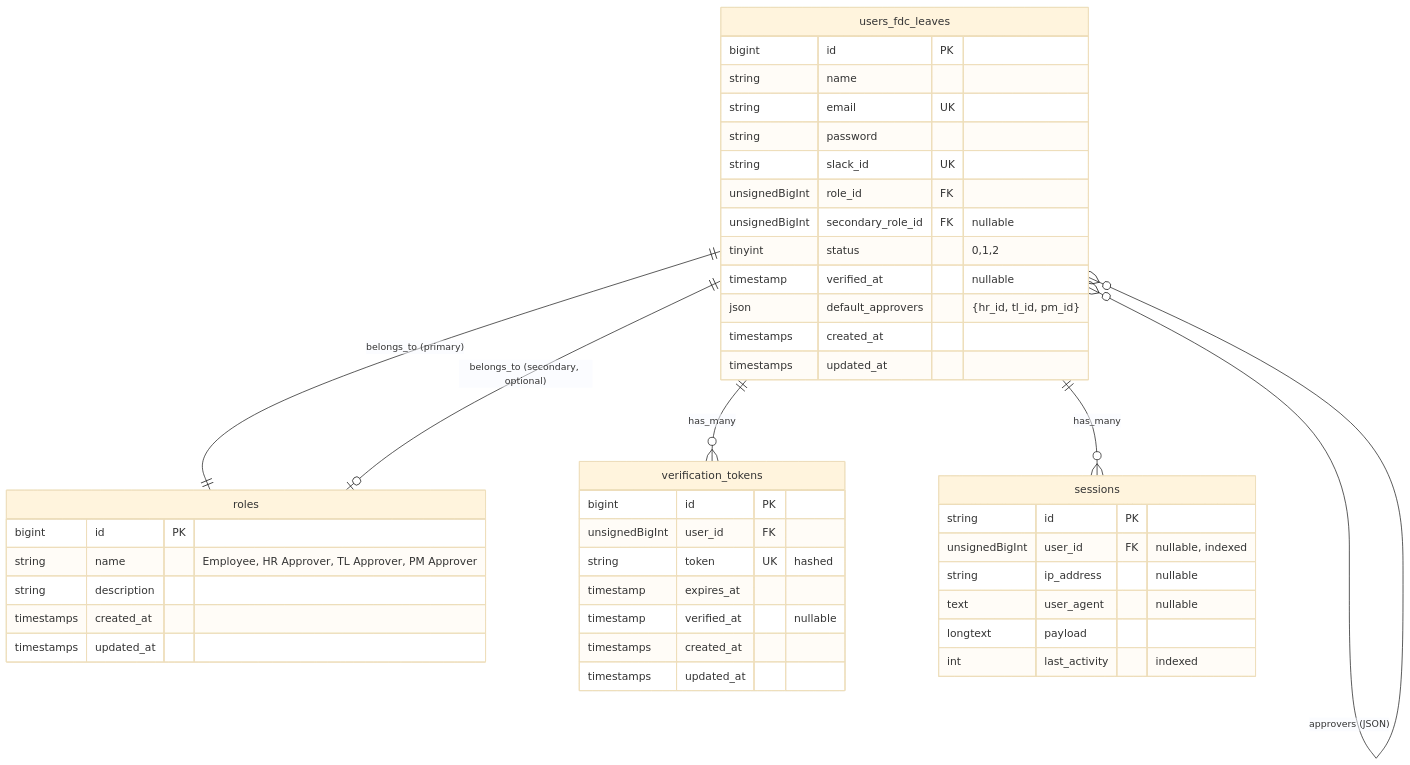
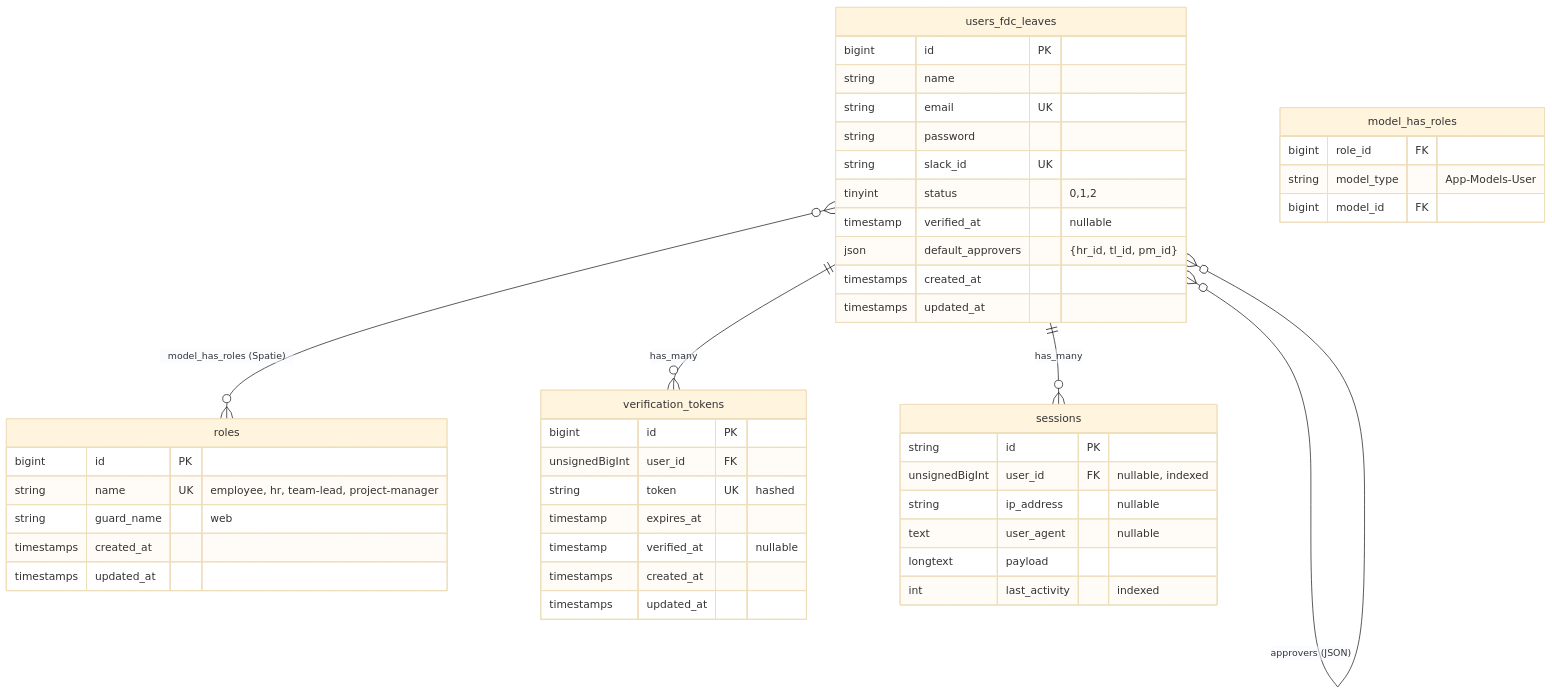
Before and after one commit to FDCWenman/fdc-lms: the third of 7 diagrams in specs/001-auth-login-registration/plan.md, drawn with Mermaid (base theme). The commit also changed other lines of this file and 2 other files, not shown here.

Commit message:
LMS: tasks creation

````diff
--- a/specs/001-auth-login-registration/plan.md
+++ b/specs/001-auth-login-registration/plan.md
@@ -84,50 +84,53 @@
 ```mermaid
 erDiagram
-    users_fdc_leaves ||--|| roles : "belongs_to (primary)"
-    users_fdc_leaves ||--o| roles : "belongs_to (secondary, optional)"
+    users_fdc_leaves }o--o{ roles : "model_has_roles (Spatie)"
     users_fdc_leaves ||--o{ verification_tokens : "has_many"
     users_fdc_leaves ||--o{ sessions : "has_many"
     users_fdc_leaves }o--o{ users_fdc_leaves : "approvers (JSON)"
     
     users_fdc_leaves {
         bigint id PK
         string name
         string email UK
         string password
         string slack_id UK
-        unsignedBigInt role_id FK
-        unsignedBigInt secondary_role_id FK "nullable"
         tinyint status "0,1,2"
         timestamp verified_at "nullable"
         json default_approvers "{hr_id, tl_id, pm_id}"
         timestamps created_at
         timestamps updated_at
     }
     
     roles {
         bigint id PK
-        string name "Employee, HR Approver, TL Approver, PM Approver"
-        string description
+        string name UK "employee, hr, team-lead, project-manager"
+        string guard_name "web"
         timestamps created_at
         timestamps updated_at
+    }
+    
+    model_has_roles {
+        bigint role_id FK
+        string model_type "App-Models-User"
+        bigint model_id FK
     }
     
     verification_tokens {
         bigint id PK
         unsignedBigInt user_id FK
         string token UK "hashed"
         timestamp expires_at
         timestamp verified_at "nullable"
         timestamps created_at
         timestamps updated_at
     }
     
     sessions {
         string id PK
         unsignedBigInt user_id FK "nullable, indexed"
         string ip_address "nullable"
         text user_agent "nullable"
         longtext payload
         int last_activity "indexed"
     }
 ```
````
